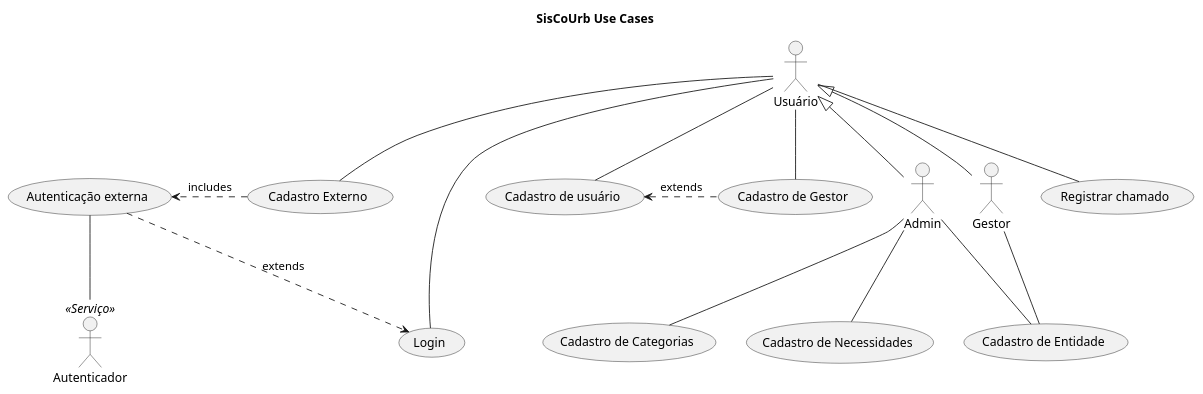
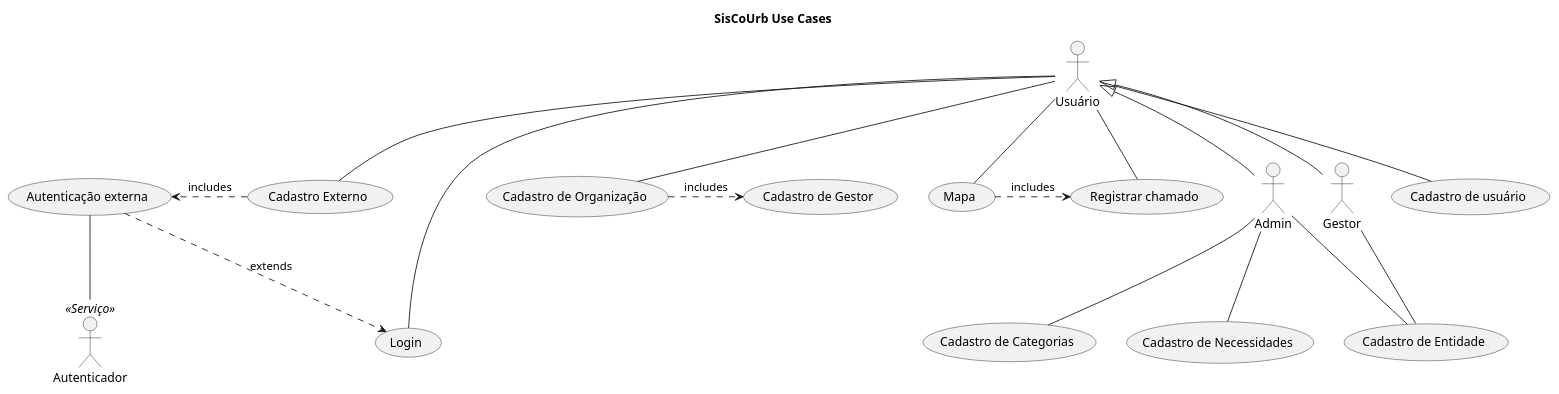
The diagram in docs/UML/siscourb_uc.puml (mihailov-vf/siscourb), drawn with PlantUML before and after one commit. The commit also changed 12 other files, not shown here.

```diff
--- a/docs/UML/siscourb_uc.puml
+++ b/docs/UML/siscourb_uc.puml
@@ -1,33 +1,36 @@
 @startuml
 
 title SisCoUrb Use Cases
 
 :Usuário:
 :Admin:
 :Gestor:
 :Autenticador: <<Serviço>>
 
 Usuário <|-- Admin
 Usuário <|-- Gestor
 
 Usuário --- (Login)
 (Autenticação externa) .> (Login) : extends
 (Autenticação externa) -- Autenticador
 
 (Cadastro Externo) .> (Autenticação externa) : includes
 
 Usuário -- (Cadastro de usuário)
 Usuário -- (Cadastro Externo)
 
-(Cadastro de usuário) <.(Cadastro de Gestor)  : extends
-Usuário -- (Cadastro de Gestor)
+(Cadastro de Organização) .> (Cadastro de Gestor)  : includes
+Usuário -- (Cadastro de Organização)
 
 Admin -- (Cadastro de Entidade)
 Gestor -- (Cadastro de Entidade)
 
 Admin -- (Cadastro de Categorias)
 Admin -- (Cadastro de Necessidades)
 
 Usuário -- (Registrar chamado)
 
+Usuário -- (Mapa)
+(Mapa) .> (Registrar chamado) : includes
+
 @enduml
```
